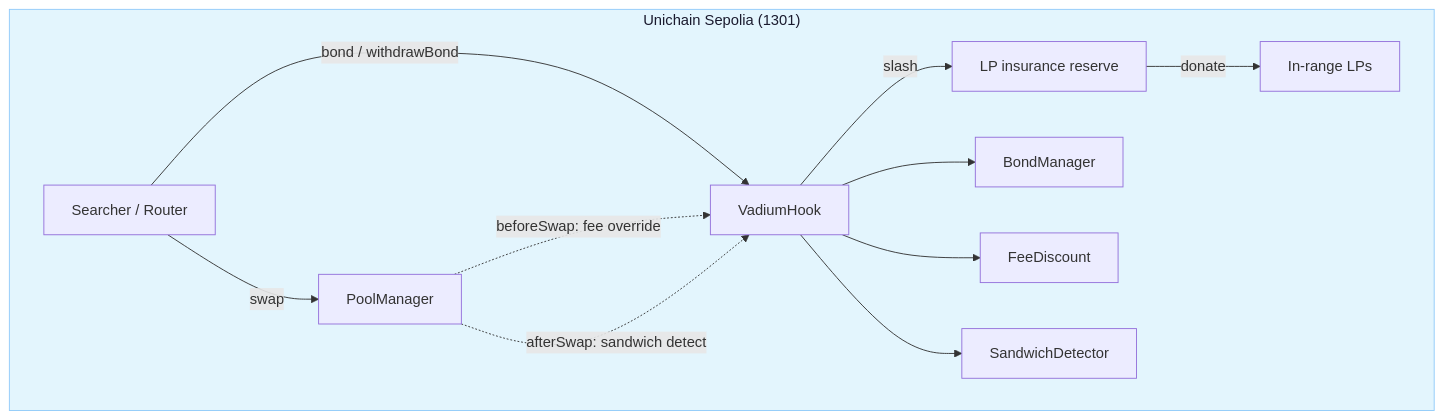
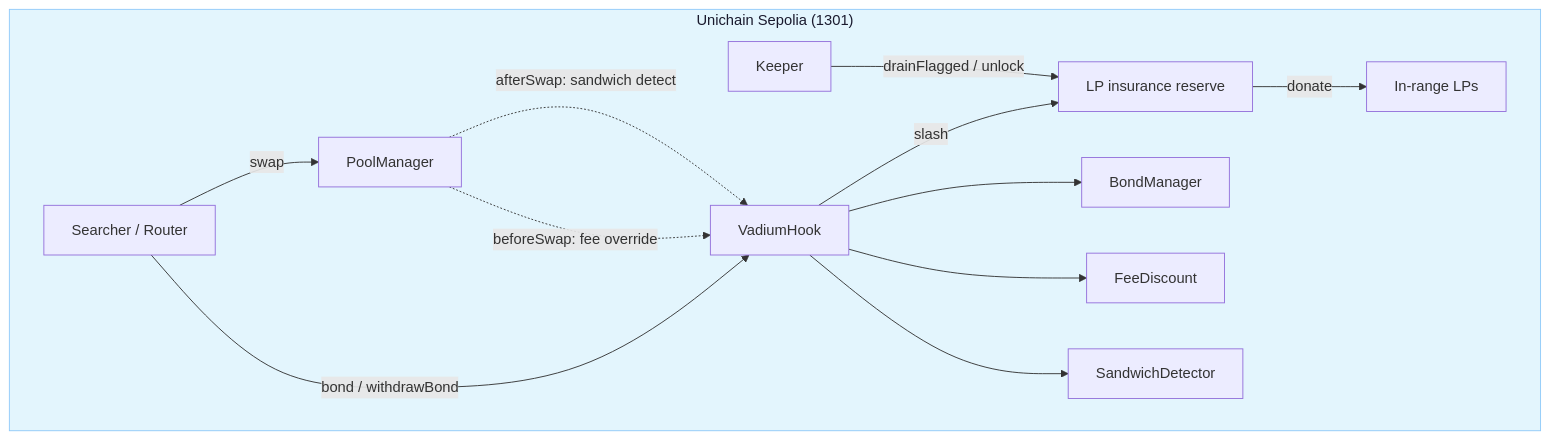
One commit to Majormaxx/vadium changed the diagram in README.md. Above: the diagram before and after it, drawn with Mermaid. The commit also changed other lines of this file and 6 other files, not shown here.

````diff
--- a/README.md
+++ b/README.md
@@ -35,16 +35,16 @@
 ```mermaid
 flowchart TB
     subgraph Unichain["Unichain Sepolia (1301)"]
         Searcher[Searcher / Router] -->|bond / withdrawBond| V[VadiumHook]
         Searcher -->|swap| PM[PoolManager]
         PM -.->|beforeSwap: fee override| V
         PM -.->|afterSwap: sandwich detect| V
         V -->|slash| R[LP insurance reserve]
-        R -->|donate| LP[In-range LPs]
+        K[Keeper] -->|drainFlagged / unlock| R -->|donate| LP[In-range LPs]
         V[VadiumHook] --> B[BondManager]
         V --> F[FeeDiscount]
         V --> D[SandwichDetector]
     end
 
     style Unichain fill:#e3f5fd,color:#1a1a2e,stroke:#90caf9
 ```
````
